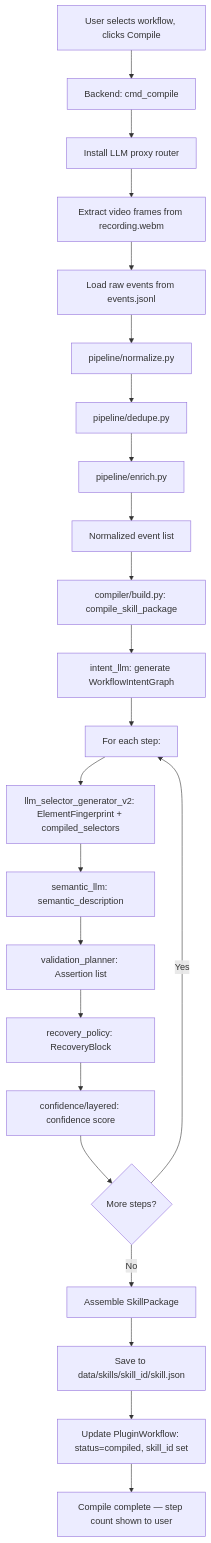
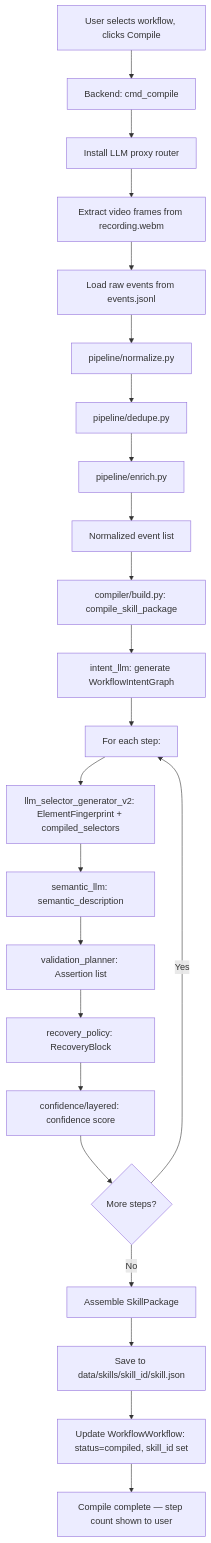
One commit to Cannonbold2412/CONXA changed the sixth of 19 diagrams in docs/App-Flow.md. Above: the diagram before and after it, drawn with Mermaid. The commit also changed other lines of this file and 8 other files, not shown here.

First line of the commit message:
docs: update TRD/PRD/Backend-Schema/UI-UX-Brief for Workflow/SkillPack and pricing ladder

````diff
--- a/docs/App-Flow.md
+++ b/docs/App-Flow.md
@@ -175,26 +177,26 @@
 ```mermaid
 flowchart TD
     A[User selects workflow, clicks Compile] --> B[Backend: cmd_compile]
     B --> C[Install LLM proxy router]
     C --> C2[Extract video frames from recording.webm]
     C2 --> D[Load raw events from events.jsonl]
     D --> E[pipeline/normalize.py]
     E --> F[pipeline/dedupe.py]
     F --> G[pipeline/enrich.py]
     G --> H[Normalized event list]
     H --> I[compiler/build.py: compile_skill_package]
     
     I --> J[intent_llm: generate WorkflowIntentGraph]
     J --> K[For each step:]
     K --> L[llm_selector_generator_v2: ElementFingerprint + compiled_selectors]
     L --> M[semantic_llm: semantic_description]
     M --> N[validation_planner: Assertion list]
     N --> O[recovery_policy: RecoveryBlock]
     O --> P[confidence/layered: confidence score]
     P --> Q{More steps?}
     Q -->|Yes| K
     Q -->|No| R[Assemble SkillPackage]
     R --> S[Save to data/skills/skill_id/skill.json]
-    S --> T[Update PluginWorkflow: status=compiled, skill_id set]
+    S --> T[Update WorkflowWorkflow: status=compiled, skill_id set]
     T --> U[Compile complete — step count shown to user]
 ```
````
